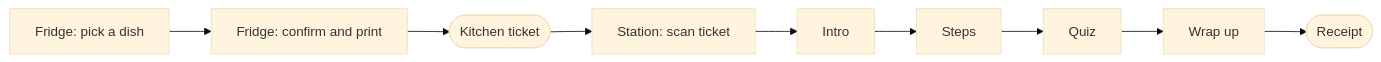
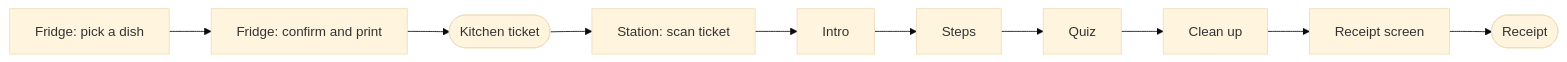
One commit to madebygps/chez-mona-ignite-26 changed the diagram in launcher/docs/how-it-works.md. Above: the diagram before and after it, drawn with Mermaid (base theme). The commit also changed other lines of this file and 11 other files, not shown here.

First line of the commit message:
Split cleanup from the receipt screen

````diff
--- a/launcher/docs/how-it-works.md
+++ b/launcher/docs/how-it-works.md
@@ -11,8 +11,8 @@
 ```mermaid
 flowchart LR
     A[Fridge: pick a dish] --> B[Fridge: confirm and print]
     B --> T([Kitchen ticket])
     T --> C[Station: scan ticket]
-    C --> D[Intro] --> E[Steps] --> F[Quiz] --> G[Wrap up]
-    G --> R([Receipt])
+    C --> D[Intro] --> E[Steps] --> F[Quiz] --> G[Clean up] --> H[Receipt screen]
+    H --> R([Receipt])
 ```
````
